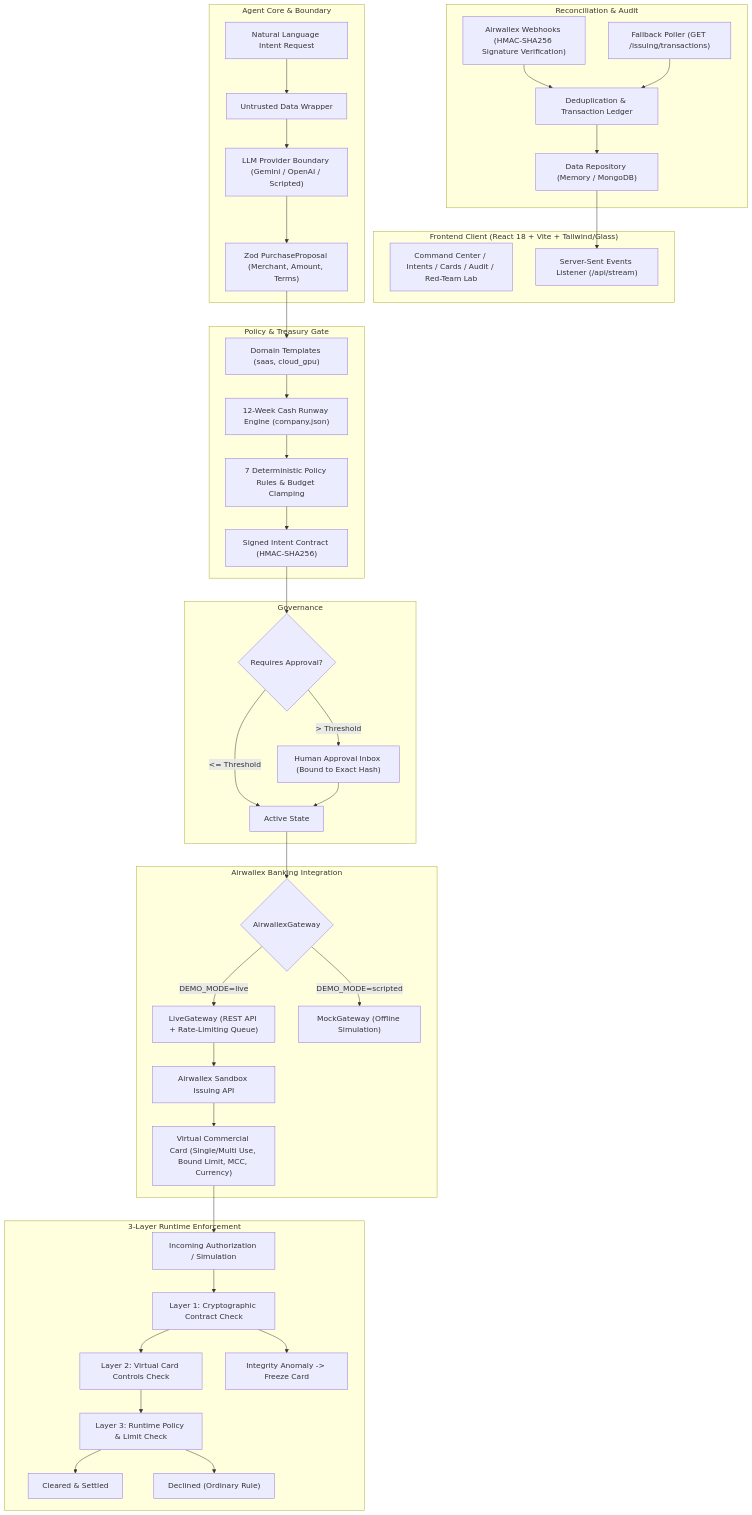
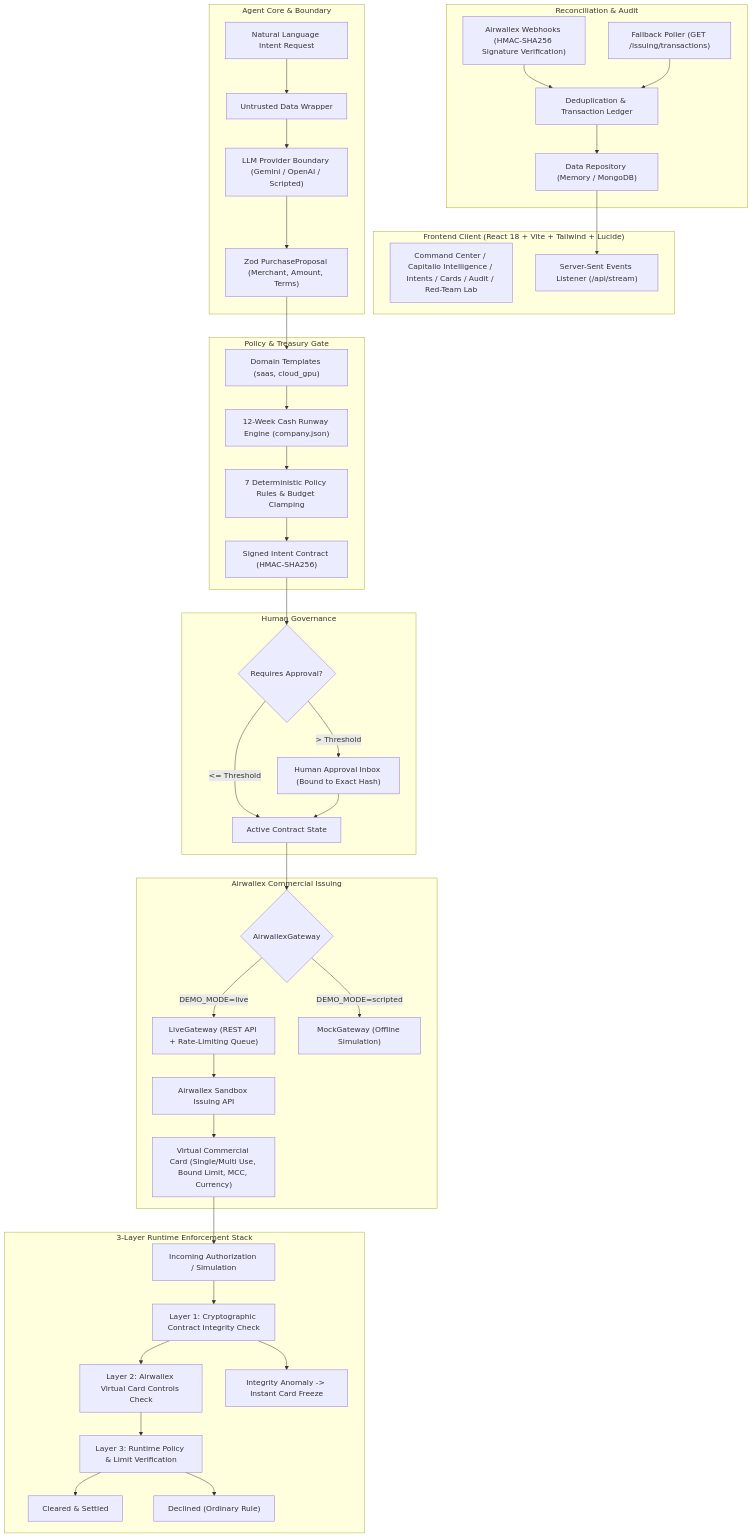
The diagram in README.md (zeeshansaeed6/IntentLock), drawn with Mermaid before and after one commit. The commit also changed other lines of this file and 10 other files, not shown here.

````diff
--- a/README.md
+++ b/README.md
@@ -24,52 +32,52 @@
 ```mermaid
 flowchart TD
-    subgraph Client ["Frontend Client (React 18 + Vite + Tailwind/Glass)"]
-        UI["Command Center / Intents / Cards / Audit / Red-Team Lab"]
+    subgraph Client ["Frontend Client (React 18 + Vite + Tailwind + Lucide)"]
+        UI["Command Center / Capitalio Intelligence / Intents / Cards / Audit / Red-Team Lab"]
         SSE["Server-Sent Events Listener (/api/stream)"]
     end
 
     subgraph Agent ["Agent Core & Boundary"]
         Prompt["Natural Language Intent Request"] --> Untrusted["Untrusted Data Wrapper"]
         Untrusted --> LLM["LLM Provider Boundary (Gemini / OpenAI / Scripted)"]
         LLM --> Proposal["Zod PurchaseProposal (Merchant, Amount, Terms)"]
     end
 
     subgraph PolicyTreasury ["Policy & Treasury Gate"]
         Proposal --> Templates["Domain Templates (saas, cloud_gpu)"]
         Templates --> Treasury["12-Week Cash Runway Engine (company.json)"]
         Treasury --> Policy["7 Deterministic Policy Rules & Budget Clamping"]
         Policy --> SealedContract["Signed Intent Contract (HMAC-SHA256)"]
     end
 
-    subgraph Approval ["Governance"]
+    subgraph Governance ["Human Governance"]
         SealedContract --> ApprovalCheck{"Requires Approval?"}
         ApprovalCheck -->|"> Threshold"| HumanApproval["Human Approval Inbox (Bound to Exact Hash)"]
-        ApprovalCheck -->|"<= Threshold"| AutoIssue["Active State"]
+        ApprovalCheck -->|"<= Threshold"| AutoIssue["Active Contract State"]
         HumanApproval --> AutoIssue
     end
 
-    subgraph Banking ["Airwallex Banking Integration"]
+    subgraph Banking ["Airwallex Commercial Issuing"]
         AutoIssue --> Gateway{"AirwallexGateway"}
         Gateway -->|"DEMO_MODE=live"| Live["LiveGateway (REST API + Rate-Limiting Queue)"]
         Gateway -->|"DEMO_MODE=scripted"| Mock["MockGateway (Offline Simulation)"]
         Live --> AirwallexAPI["Airwallex Sandbox Issuing API"]
         AirwallexAPI --> VirtualCard["Virtual Commercial Card (Single/Multi Use, Bound Limit, MCC, Currency)"]
     end
 
-    subgraph Runtime ["3-Layer Runtime Enforcement"]
+    subgraph Runtime ["3-Layer Runtime Enforcement Stack"]
         VirtualCard --> SimTx["Incoming Authorization / Simulation"]
-        SimTx --> L1["Layer 1: Cryptographic Contract Check"]
-        L1 --> L2["Layer 2: Virtual Card Controls Check"]
-        L2 --> L3["Layer 3: Runtime Policy & Limit Check"]
+        SimTx --> L1["Layer 1: Cryptographic Contract Integrity Check"]
+        L1 --> L2["Layer 2: Airwallex Virtual Card Controls Check"]
+        L2 --> L3["Layer 3: Runtime Policy & Limit Verification"]
         L3 --> Cleared["Cleared & Settled"]
         L3 --> Declined["Declined (Ordinary Rule)"]
-        L1 --> Anomaly["Integrity Anomaly -> Freeze Card"]
+        L1 --> Anomaly["Integrity Anomaly -> Instant Card Freeze"]
     end
 
     subgraph Reconciliation ["Reconciliation & Audit"]
         Webhooks["Airwallex Webhooks (HMAC-SHA256 Signature Verification)"] --> Dedupe["Deduplication & Transaction Ledger"]
         Poller["Fallback Poller (GET /issuing/transactions)"] --> Dedupe
         Dedupe --> Store["Data Repository (Memory / MongoDB)"]
         Store --> SSE
     end
 ```
````
